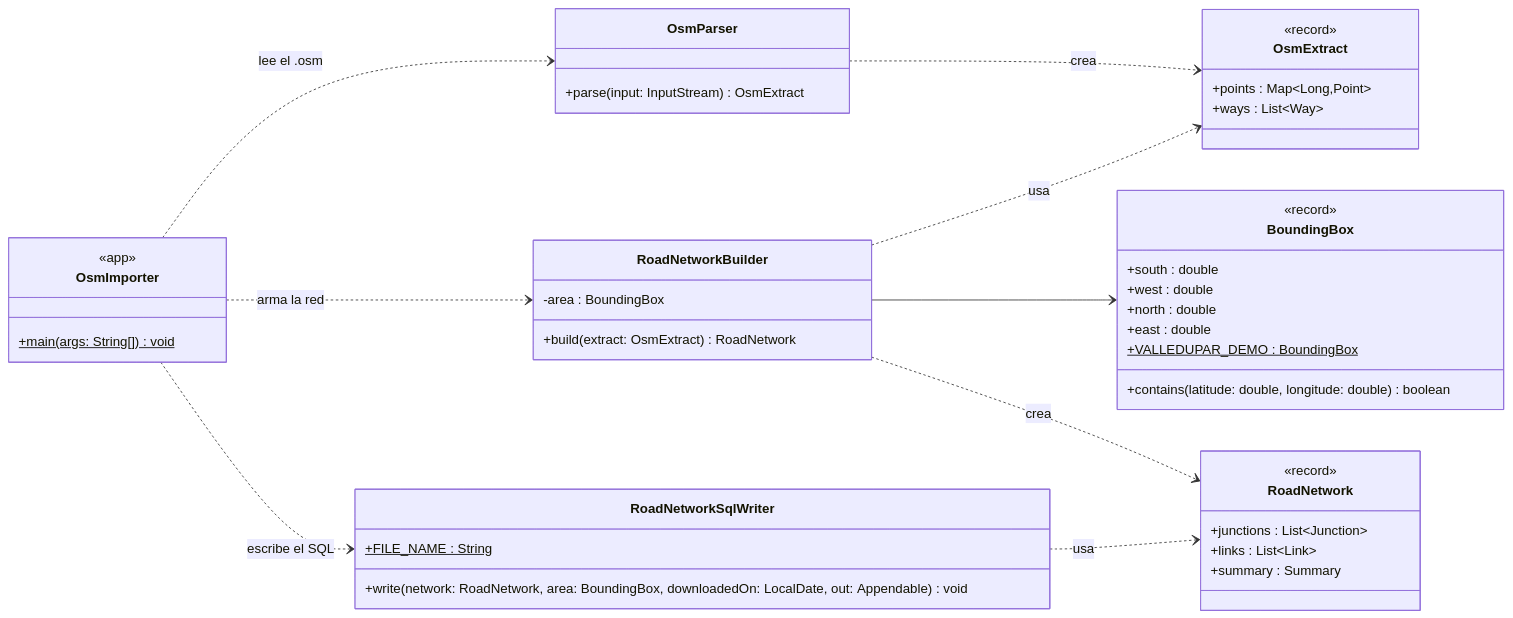
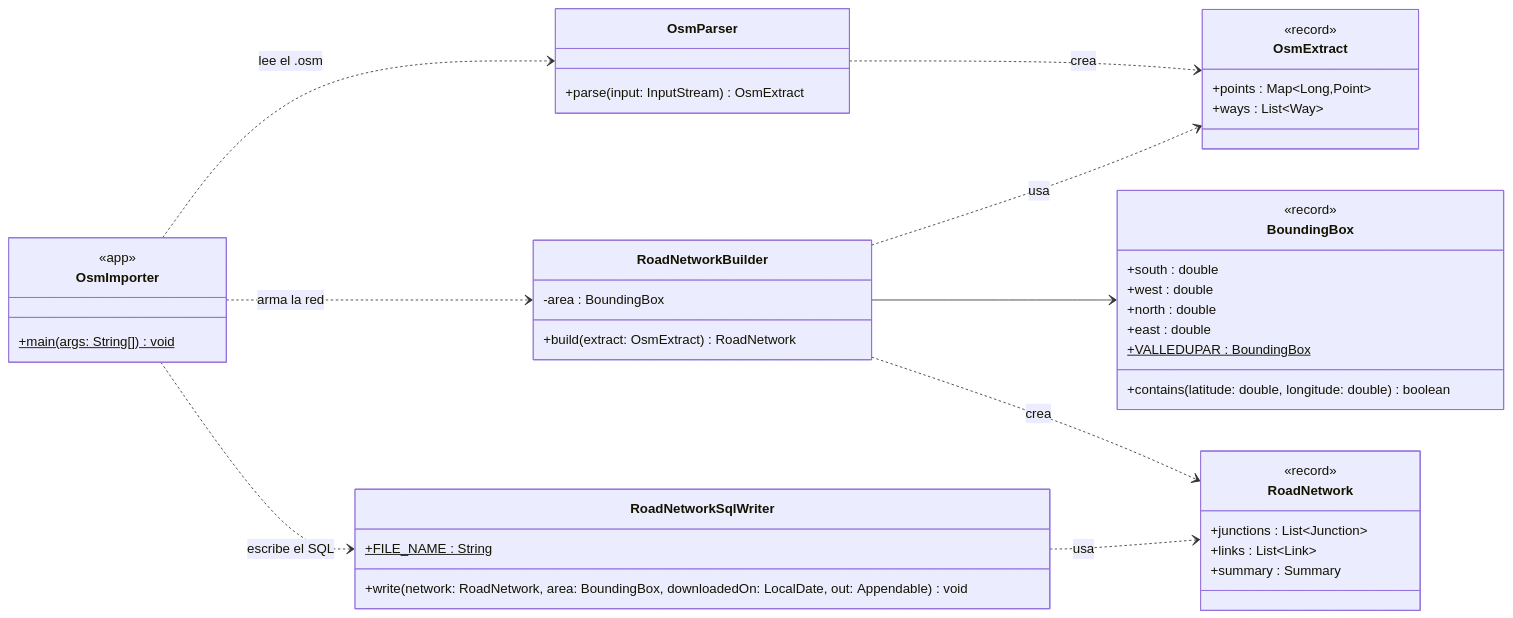
Diagram 20 of 26 in docs/class-diagram.md (afzabaleta/RutaVida), drawn with Mermaid before and after one commit. The commit also changed 12 other files, not shown here.

````diff
--- a/docs/class-diagram.md
+++ b/docs/class-diagram.md
@@ -2106,62 +2106,62 @@
 ```mermaid
 ---
 config:
   markdownAutoWrap: false
 ---
 classDiagram
     direction LR
 
     class OsmImporter {
         <<app>>
         +main(args: String[]) void$
     }
 
     class BoundingBox {
         <<record>>
         +south : double
         +west : double
         +north : double
         +east : double
-        +VALLEDUPAR_DEMO : BoundingBox$
+        +VALLEDUPAR : BoundingBox$
         +contains(latitude: double, longitude: double) boolean
     }
 
     class OsmExtract {
         <<record>>
         +points : Map~Long,Point~
         +ways : List~Way~
     }
 
     class OsmParser {
         +parse(input: InputStream) OsmExtract
     }
 
     class RoadNetwork {
         <<record>>
         +junctions : List~Junction~
         +links : List~Link~
         +summary : Summary
     }
 
     class RoadNetworkBuilder {
         -area : BoundingBox
         +build(extract: OsmExtract) RoadNetwork
     }
 
     class RoadNetworkSqlWriter {
         +FILE_NAME : String$
         +write(network: RoadNetwork, area: BoundingBox, downloadedOn: LocalDate, out: Appendable) void
     }
 
     OsmImporter ..> OsmParser : lee el .osm
     OsmImporter ..> RoadNetworkBuilder : arma la red
     OsmImporter ..> RoadNetworkSqlWriter : escribe el SQL
 
     OsmParser ..> OsmExtract : crea
 
     RoadNetworkBuilder --> BoundingBox
     RoadNetworkBuilder ..> OsmExtract : usa
     RoadNetworkBuilder ..> RoadNetwork : crea
 
     RoadNetworkSqlWriter ..> RoadNetwork : usa
 ```
````
